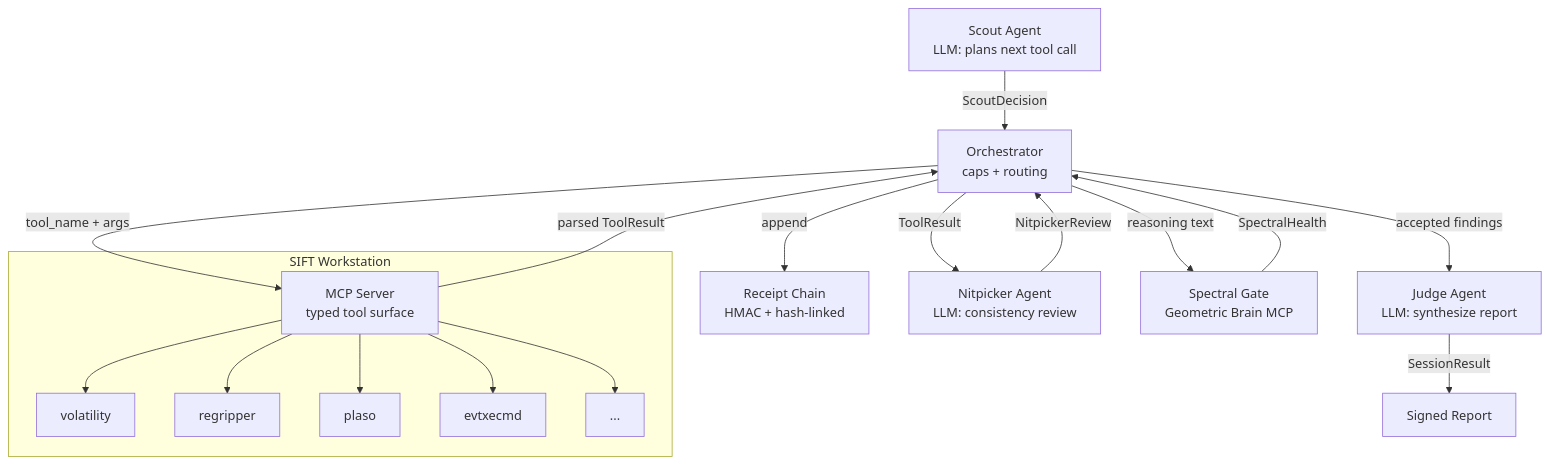
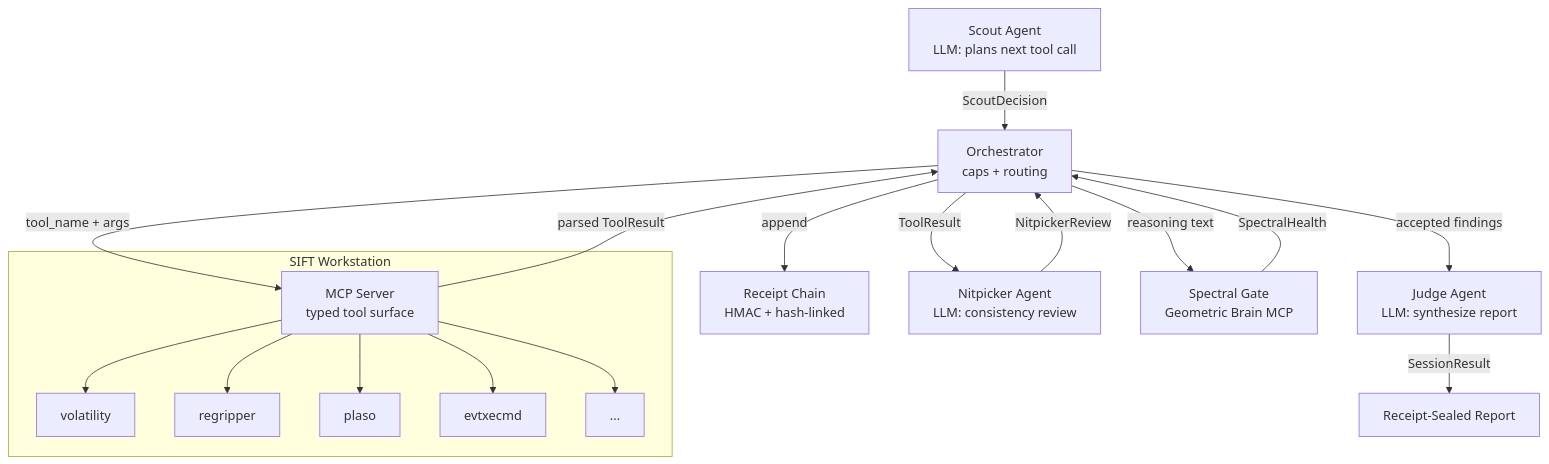
One commit to holeyfield33-art/aletheia-sentinel changed the diagram in docs/architecture.md. Above: the diagram before and after it, drawn with Mermaid. The commit also changed 3 other files, not shown here.

First line of the commit message:
docs: final submission polish -- fix Mermaid rendering, relabel report node, add demo link, lint, doc audit

````diff
--- a/docs/architecture.md
+++ b/docs/architecture.md
@@ -5,21 +5,21 @@
 ```mermaid
 flowchart TD
-    A[Scout Agent\nLLM: plans next tool call] -->|ScoutDecision| B[Orchestrator\ncaps + routing]
-    B -->|tool_name + args| C[MCP Server\ntyped tool surface]
+    A[Scout Agent<br/>LLM: plans next tool call] -->|ScoutDecision| B[Orchestrator<br/>caps + routing]
+    B -->|tool_name + args| C[MCP Server<br/>typed tool surface]
     C -->|parsed ToolResult| B
-    B -->|append| D[Receipt Chain\nHMAC + hash-linked]
-    B -->|ToolResult| E[Nitpicker Agent\nLLM: consistency review]
+    B -->|append| D[Receipt Chain<br/>HMAC + hash-linked]
+    B -->|ToolResult| E[Nitpicker Agent<br/>LLM: consistency review]
     E -->|NitpickerReview| B
-    B -->|reasoning text| F[Spectral Gate\nGeometric Brain MCP]
+    B -->|reasoning text| F[Spectral Gate<br/>Geometric Brain MCP]
     F -->|SpectralHealth| B
-    B -->|accepted findings| G[Judge Agent\nLLM: synthesize report]
-    G -->|SessionResult| H[Signed Report]
+    B -->|accepted findings| G[Judge Agent<br/>LLM: synthesize report]
+    G -->|SessionResult| H[Receipt-Sealed Report]
 
     subgraph SIFT Workstation
         C --> I[volatility]
         C --> J[regripper]
         C --> K[plaso]
         C --> L[evtxecmd]
         C --> M[...]
     end
 ```
````
